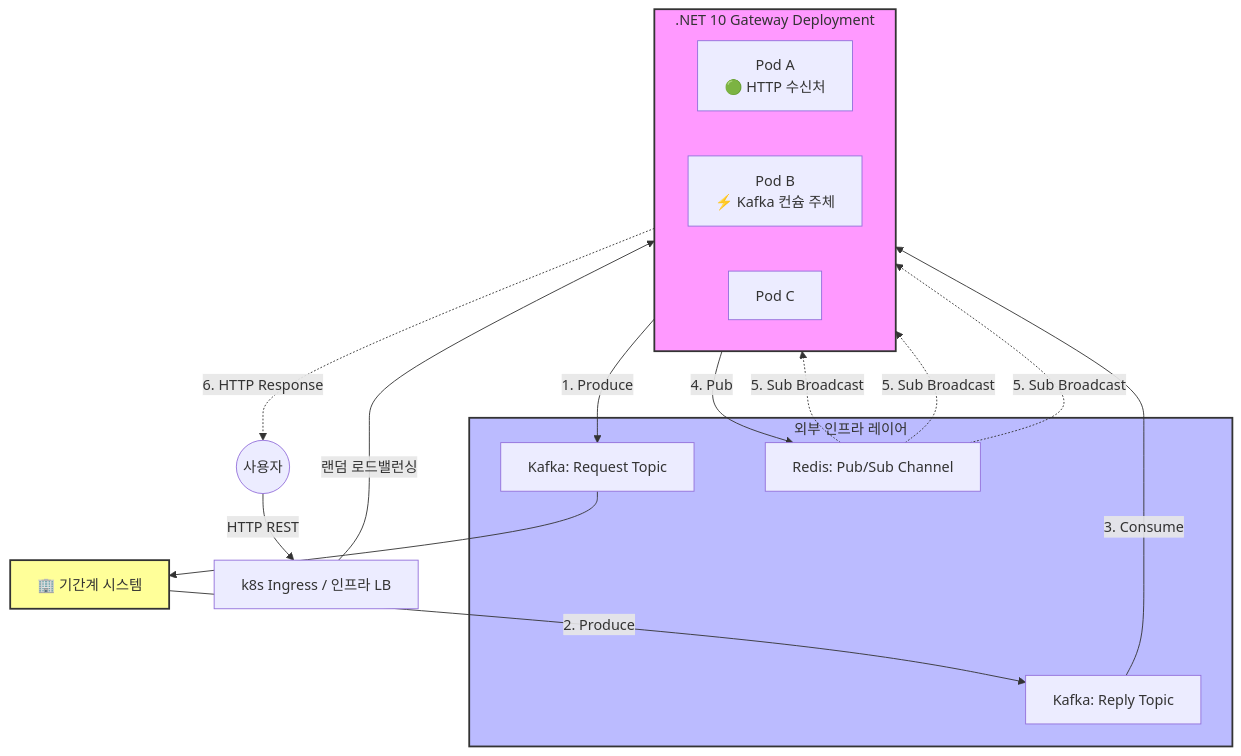
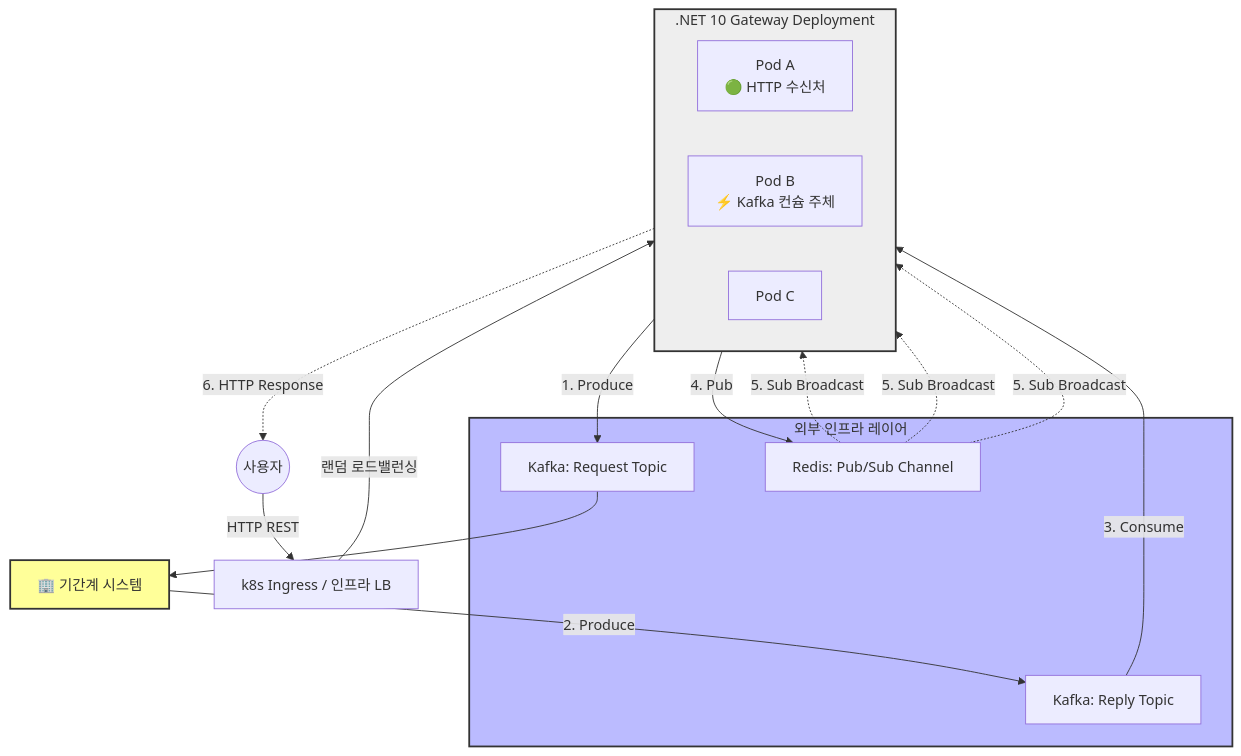
The second of 2 diagrams in kafka-request-response.md (kongrtan/file4), drawn with Mermaid before and after one commit.

````diff
--- a/kafka-request-response.md
+++ b/kafka-request-response.md
@@ -38,45 +38,45 @@
 ```mermaid
 graph TD
     %% 외부 사용자 및 인그레스
     User((사용자)) -->|HTTP REST| Ingress[k8s Ingress / 인프라 LB]
 
     %% k8s Deployment 내부 (Replica 3)
     subgraph k8s_Deployment [.NET 10 Gateway Deployment]
         direction LR
         PodA[Pod A <br/> 🟢 HTTP 수신처] 
         PodB[Pod B <br/> ⚡ Kafka 컨슘 주체]
         PodC[Pod C]
     end
 
     %% 인그레스 라우팅
     Ingress -->|랜덤 로드밸런싱| PodA
 
     %% 외부 및 내부 메시지 브로커
     subgraph Infrastructure [외부 인프라 레이어]
         Kafka_REQ[Kafka: Request Topic]
         Kafka_REP[Kafka: Reply Topic]
         Redis_PS[Redis: Pub/Sub Channel]
     end
 
     %% 데이터 흐름 연결
     PodA -->|1. Produce| Kafka_REQ
     Kafka_REQ --> Legacy[🏢 기간계 시스템]
     Legacy -->|2. Produce| Kafka_REP
     
     %% Pod B가 컨슘하여 Redis로 전파
     Kafka_REP -->|3. Consume| PodB
     PodB -->|4. Pub| Redis_PS
 
     %% Redis가 모든 Pod로 브로드캐스트
     Redis_PS -.->|5. Sub Broadcast| PodA
     Redis_PS -.->|5. Sub Broadcast| PodB
     Redis_PS -.->|5. Sub Broadcast| PodC
 
     %% 최종 응답
     PodA -.->|6. HTTP Response| User
 
     %% 스타일링
-    style k8s_Deployment fill:#f9f,stroke:#333,stroke-width:2px
+    style k8s_Deployment fill:#eeeeee,stroke:#333,stroke-width:2px
     style Infrastructure fill:#bbf,stroke:#333,stroke-width:2px
     style Legacy fill:#ff9,stroke:#333,stroke-width:2px
 ```
````
